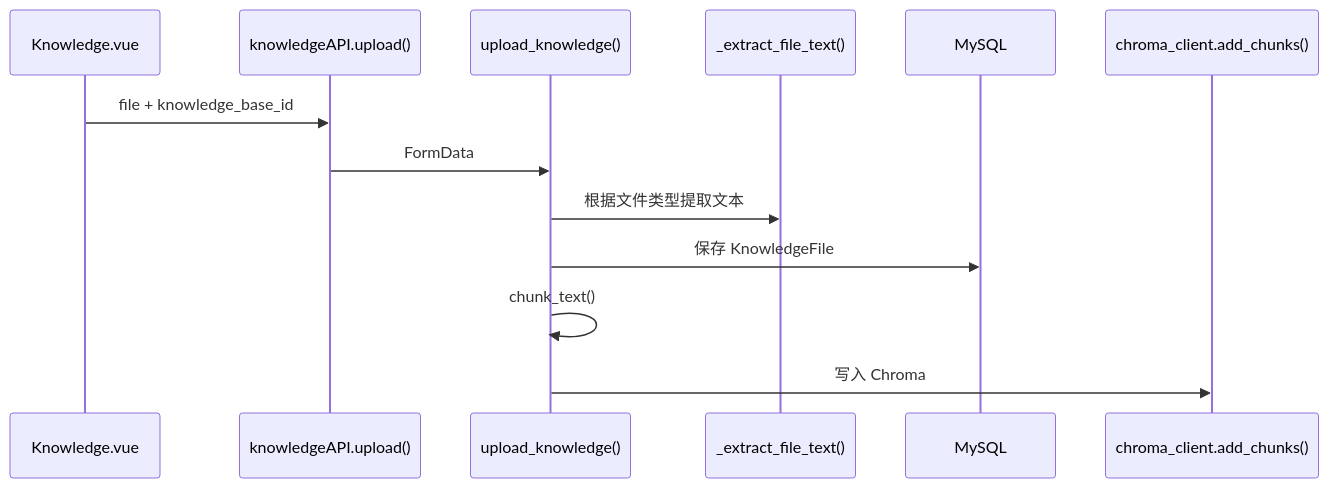
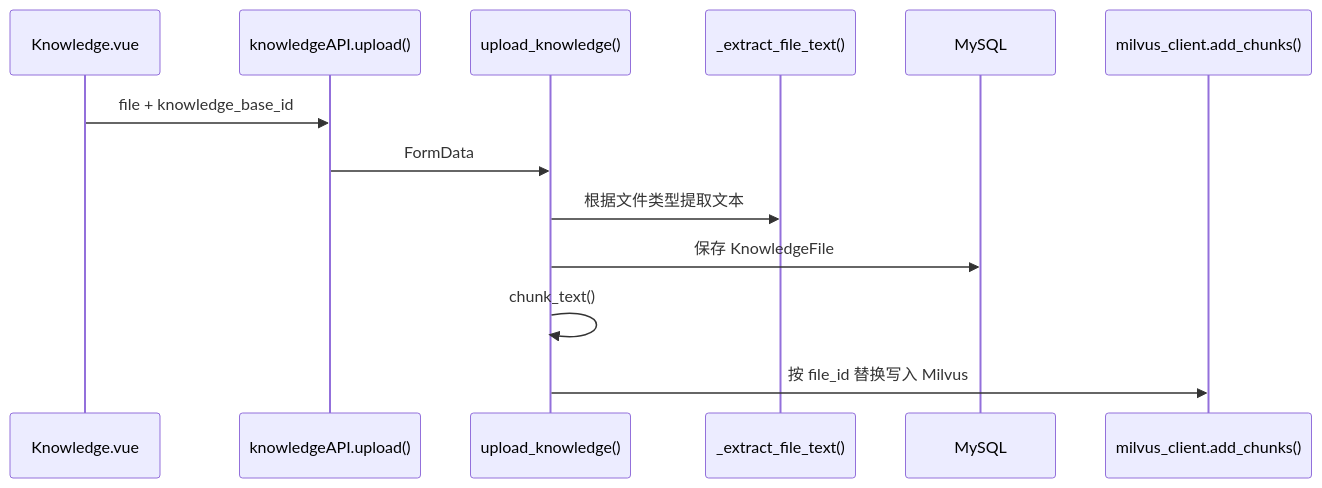
Before and after one commit to baiye-banned/Agent_about_answer: the seventh of 10 diagrams in docs/PROJECT_CODE_READING_ROADMAP.md, drawn with Mermaid. The commit also changed other lines of this file and 83 other files, not shown here.

````diff
--- a/docs/PROJECT_CODE_READING_ROADMAP.md
+++ b/docs/PROJECT_CODE_READING_ROADMAP.md
@@ -442,16 +441,16 @@
 ```mermaid
 sequenceDiagram
   participant F as Knowledge.vue
   participant A as knowledgeAPI.upload()
   participant B as upload_knowledge()
   participant E as _extract_file_text()
   participant M as MySQL
-  participant C as chroma_client.add_chunks()
+  participant C as milvus_client.add_chunks()
 
   F->>A: file + knowledge_base_id
   A->>B: FormData
   B->>E: 根据文件类型提取文本
   B->>M: 保存 KnowledgeFile
   B->>B: chunk_text()
-  B->>C: 写入 Chroma
+  B->>C: 按 file_id 替换写入 Milvus
 ```
````
